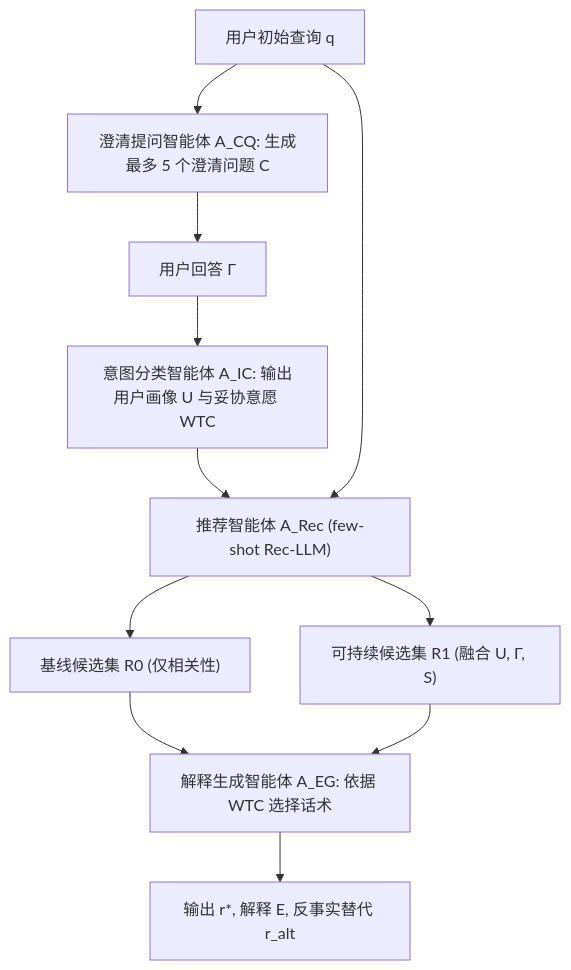
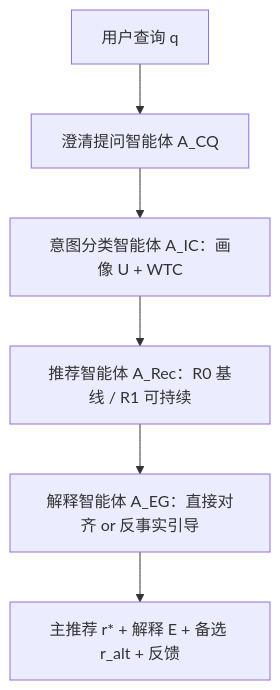
Before and after one commit to jbdcia321vw/Paper-Notes: the diagram in docs/venues/SIGIR/2026/agent_conversational_rec/trace_a_conversational_framework_for_sustainable_tourism_recommendation_wit.md, drawn with Mermaid. The commit also changed other lines of this file and 1119 other files, not shown here.

````diff
--- a/docs/venues/SIGIR/2026/agent_conversational_rec/trace_a_conversational_framework_for_sustainable_tourism_recommendation_wit.md
+++ b/docs/venues/SIGIR/2026/agent_conversational_rec/trace_a_conversational_framework_for_sustainable_tourism_recommendation_wit.md
@@ -64,13 +47,8 @@
 ```mermaid
 flowchart TD
-    A["用户初始查询 q"] --> B["澄清提问智能体 A_CQ: 生成最多 5 个澄清问题 C"]
-    B --> C["用户回答 Γ"]
-    C --> D["意图分类智能体 A_IC: 输出用户画像 U 与妥协意愿 WTC"]
-    D --> E["推荐智能体 A_Rec (few-shot Rec-LLM)"]
-    A --> E
-    E --> F["基线候选集 R0 (仅相关性)"]
-    E --> G["可持续候选集 R1 (融合 U, Γ, S)"]
-    F --> H["解释生成智能体 A_EG: 依据 WTC 选择话术"]
-    G --> H
-    H --> I["输出 r*, 解释 E, 反事实替代 r_alt"]
+    A["用户查询 q"] --> B["澄清提问智能体 A_CQ"]
+    B --> C["意图分类智能体 A_IC：画像 U + WTC"]
+    C --> D["推荐智能体 A_Rec：R0 基线 / R1 可持续"]
+    D --> E["解释智能体 A_EG：直接对齐 or 反事实引导"]
+    E --> F["主推荐 r* + 解释 E + 备选 r_alt + 反馈"]
 ```
````
